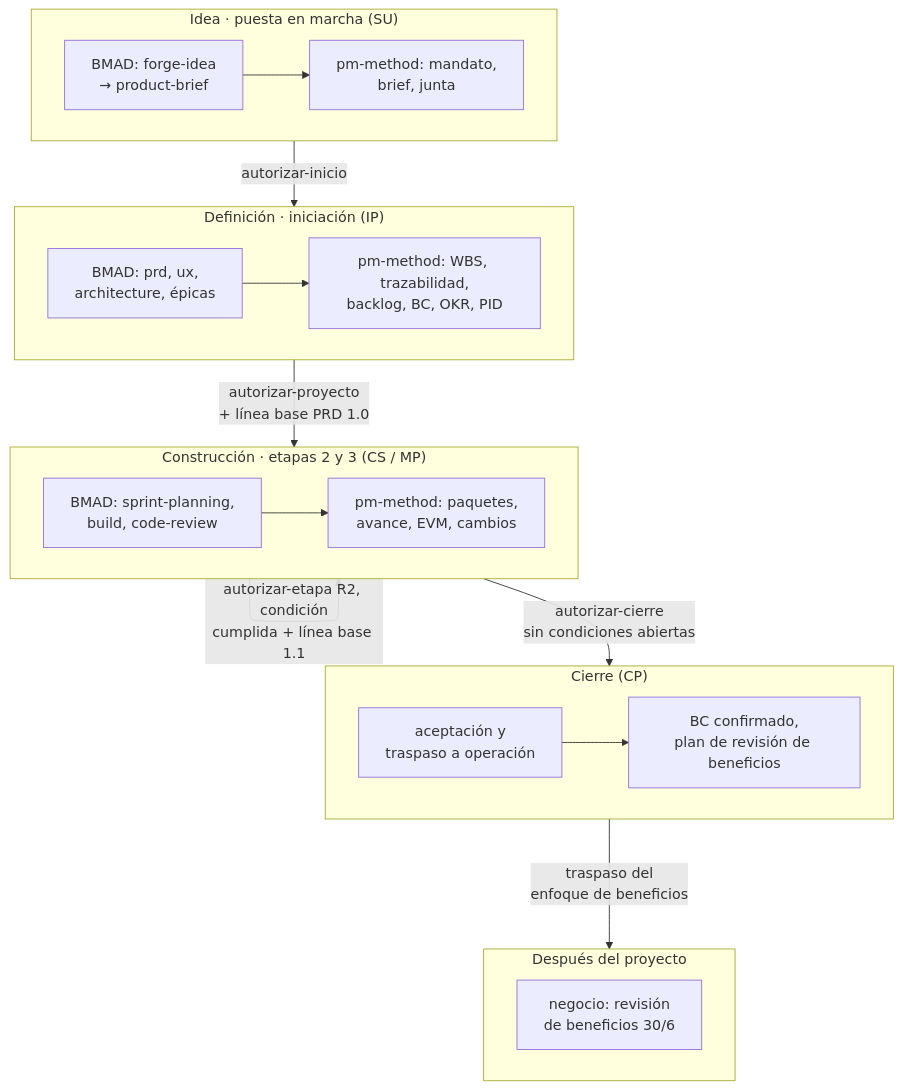
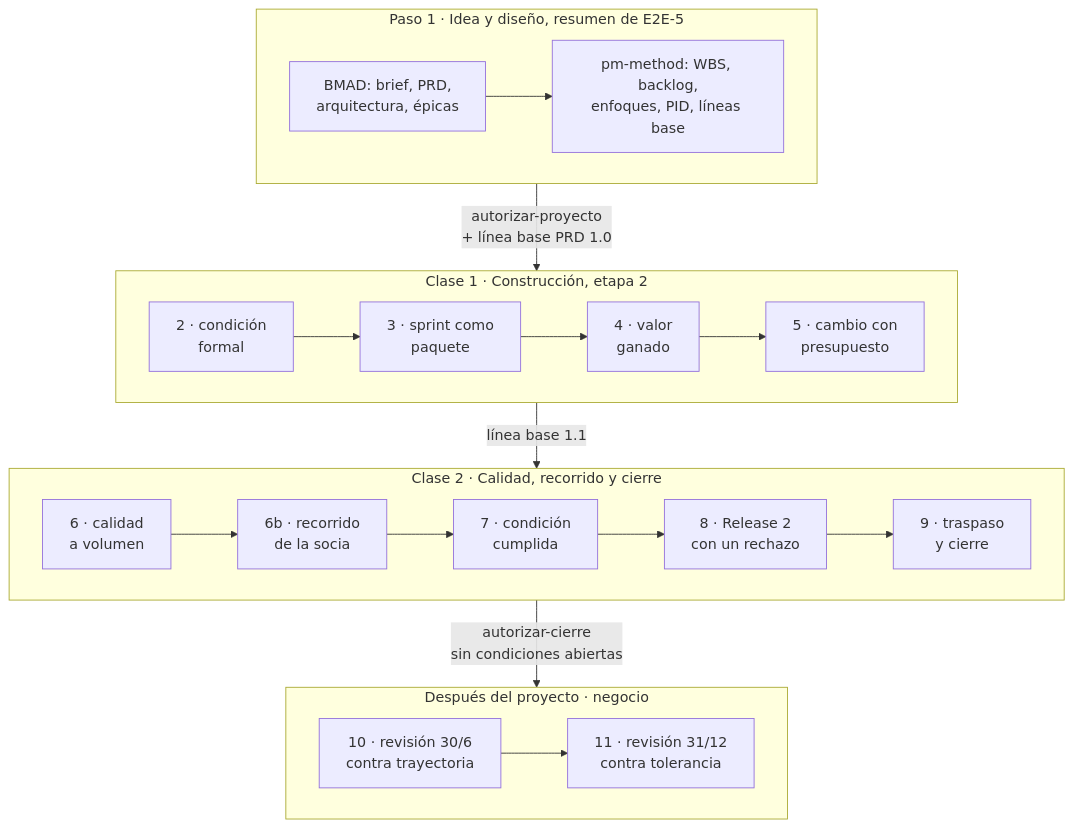
Before and after one commit to Arturo-Penas-Rial/pm-method: the first of 4 diagrams in docs/guias/E2E-4-producto-bmad.md, drawn with Mermaid. The commit also changed other lines of this file and 274 other files, not shown here.

Commit message:
pm-method 2.3.0: mapas estratégicos, caso E2E-5 y webinar, integración cruzada, seguridad, Docker y resumen ejecutivo

````diff
--- a/docs/guias/E2E-4-producto-bmad.md
+++ b/docs/guias/E2E-4-producto-bmad.md
@@ -23,28 +85,22 @@
 ```mermaid
 flowchart TB
-    subgraph A["Idea · puesta en marcha (SU)"]
+    subgraph A["Paso 1 · Idea y diseño, resumen de E2E-5"]
         direction LR
-        a1["BMAD: forge-idea<br/>→ product-brief"] --> a2["pm-method: mandato,<br/>brief, junta"]
+        a1["BMAD: brief, PRD,<br/>arquitectura, épicas"] --> a2["pm-method: WBS, backlog,<br/>enfoques, PID, líneas base"]
     end
-    subgraph B["Definición · iniciación (IP)"]
+    subgraph B["Clase 1 · Construcción, etapa 2"]
         direction LR
-        b1["BMAD: prd, ux,<br/>architecture, épicas"] --> b2["pm-method: WBS, trazabilidad,<br/>backlog, BC, OKR, PID"]
+        b1["2 · condición<br/>formal"] --> b2["3 · sprint como<br/>paquete"] --> b3["4 · valor<br/>ganado"] --> b4["5 · cambio con<br/>presupuesto"]
     end
-    subgraph C["Construcción · etapas 2 y 3 (CS / MP)"]
+    subgraph C["Clase 2 · Calidad, recorrido y cierre"]
         direction LR
-        c1["BMAD: sprint-planning,<br/>build, code-review"] --> c2["pm-method: paquetes,<br/>avance, EVM, cambios"]
+        c1["6 · calidad<br/>a volumen"] --> c1b["6b · recorrido<br/>de la socia"] --> c2["7 · condición<br/>cumplida"] --> c3["8 · Release 2<br/>con un rechazo"] --> c4["9 · traspaso<br/>y cierre"]
     end
-    subgraph D["Cierre (CP)"]
+    subgraph D["Después del proyecto · negocio"]
         direction LR
-        d1["aceptación y<br/>traspaso a operación"] --> d2["BC confirmado,<br/>plan de revisión de beneficios"]
+        d1["10 · revisión 30/6<br/>contra trayectoria"] --> d2["11 · revisión 31/12<br/>contra tolerancia"]
     end
-    subgraph E["Después del proyecto"]
-        direction LR
-        e1["negocio: revisión<br/>de beneficios 30/6"]
-    end
-    A -->|"autorizar-inicio"| B
-    B -->|"autorizar-proyecto<br/>+ línea base PRD 1.0"| C
-    C -->|"autorizar-etapa R2, condición<br/>cumplida + línea base 1.1"| C
+    A -->|"autorizar-proyecto<br/>+ línea base PRD 1.0"| B
+    B -->|"línea base 1.1"| C
     C -->|"autorizar-cierre<br/>sin condiciones abiertas"| D
-    D -->|"traspaso del<br/>enfoque de beneficios"| E
 ```
````
